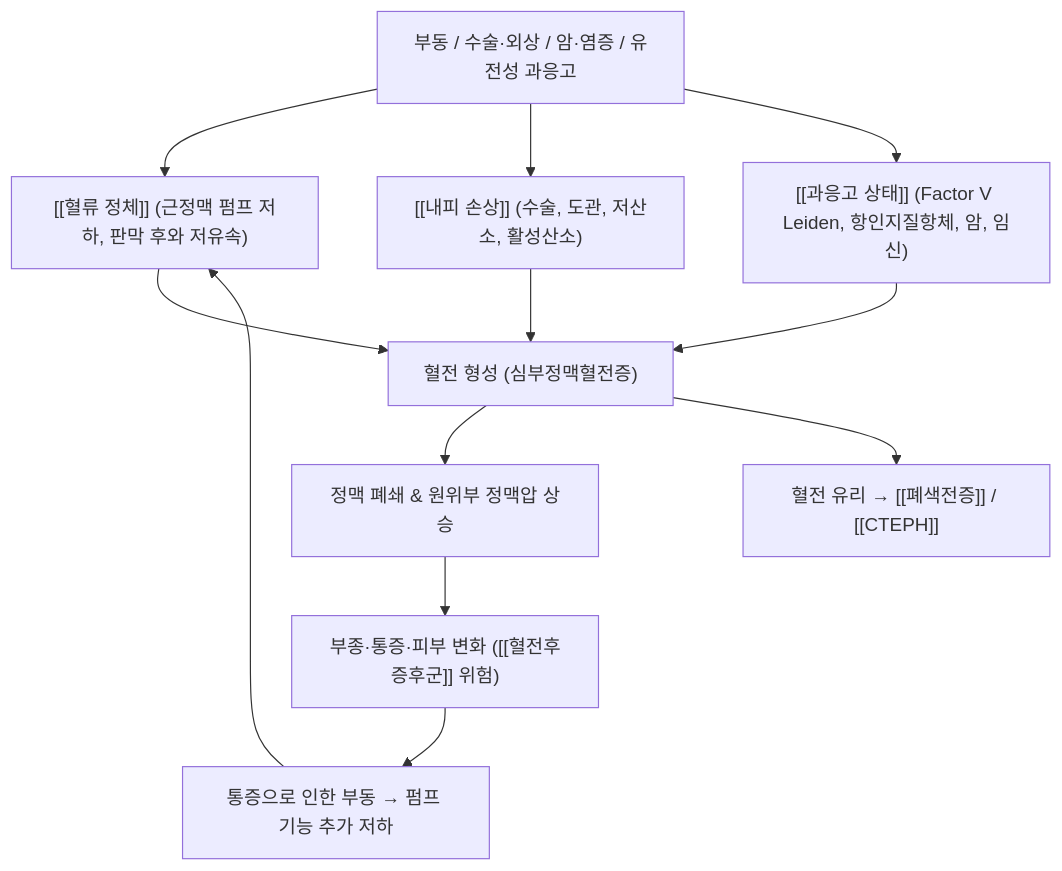
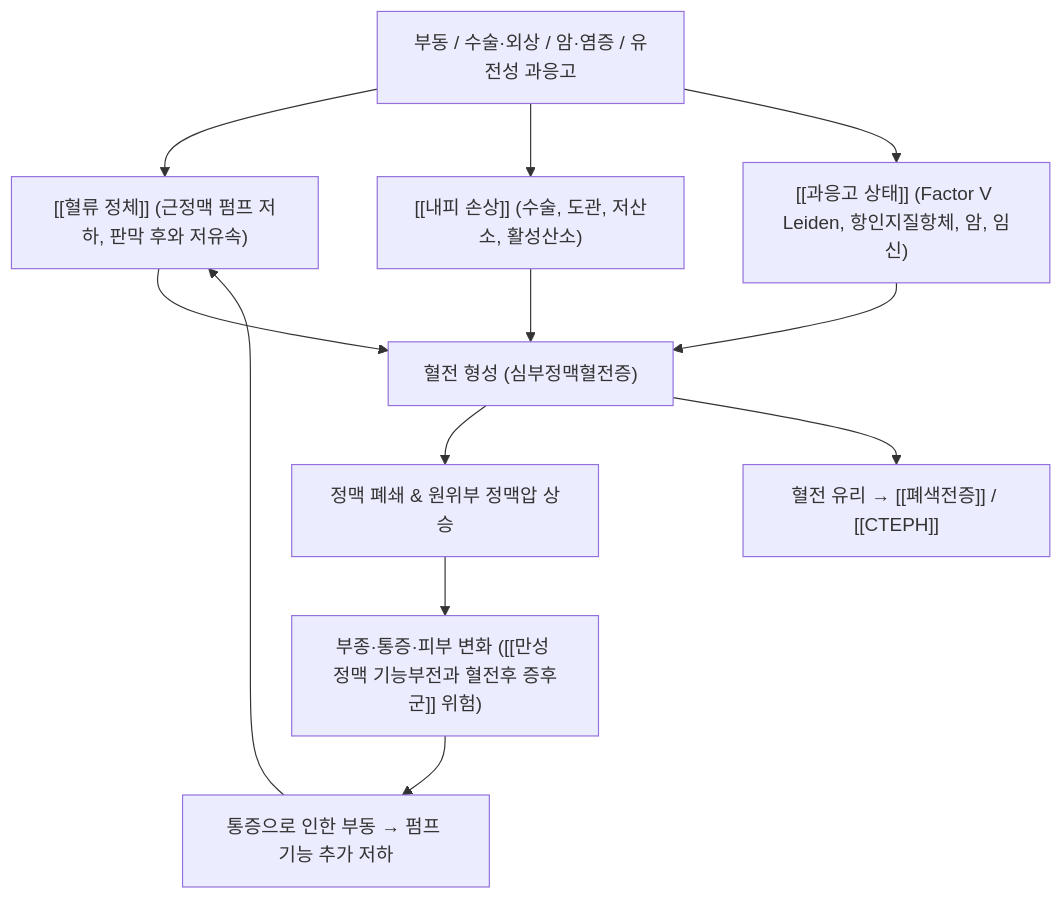
The diagram in content/3. 이론 공부/질환/순환기 질환/혈관·대동맥/심부정맥 혈전증.md (simbio11/simbio-digital-garden2), drawn with Mermaid before and after one commit. The commit also changed other lines of this file and 275 other files, not shown here.

````diff
--- a/content/3. 이론 공부/질환/순환기 질환/혈관·대동맥/심부정맥 혈전증.md
+++ b/content/3. 이론 공부/질환/순환기 질환/혈관·대동맥/심부정맥 혈전증.md
@@ -75,14 +75,14 @@
 ```mermaid
 graph TD
     Cause["부동 / 수술·외상 / 암·염증 / 유전성 과응고"] --> Stasis["[[혈류 정체]] (근정맥 펌프 저하, 판막 후와 저유속)"]
     Cause --> Injury["[[내피 손상]] (수술, 도관, 저산소, 활성산소)"]
     Cause --> Hyper["[[과응고 상태]] (Factor V Leiden, 항인지질항체, 암, 임신)"]
     Stasis --> Thrombus["혈전 형성 (심부정맥혈전증)"]
     Injury --> Thrombus
     Hyper --> Thrombus
     Thrombus --> Obstruction["정맥 폐쇄 & 원위부 정맥압 상승"]
-    Obstruction --> Edema["부종·통증·피부 변화 ([[혈전후증후군]] 위험)"]
+    Obstruction --> Edema["부종·통증·피부 변화 ([[만성 정맥 기능부전과 혈전후 증후군]] 위험)"]
     Thrombus --> Emboli["혈전 유리 → [[폐색전증]] / [[CTEPH]]"]
     Edema --> Immobility["통증으로 인한 부동 → 펌프 기능 추가 저하"]
     Immobility --> Stasis
 ```
````
